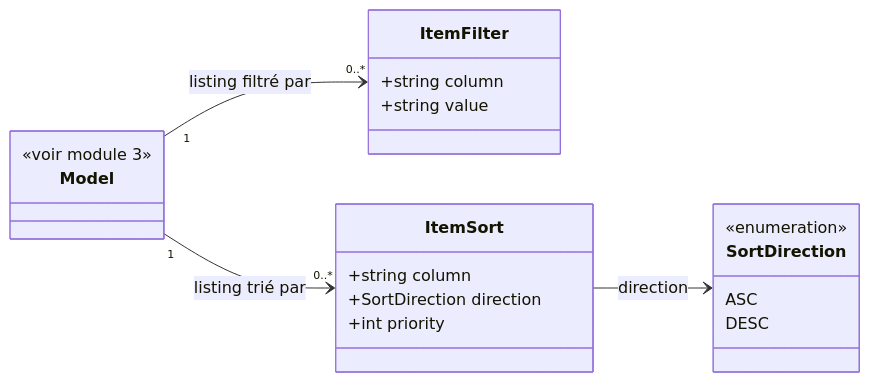
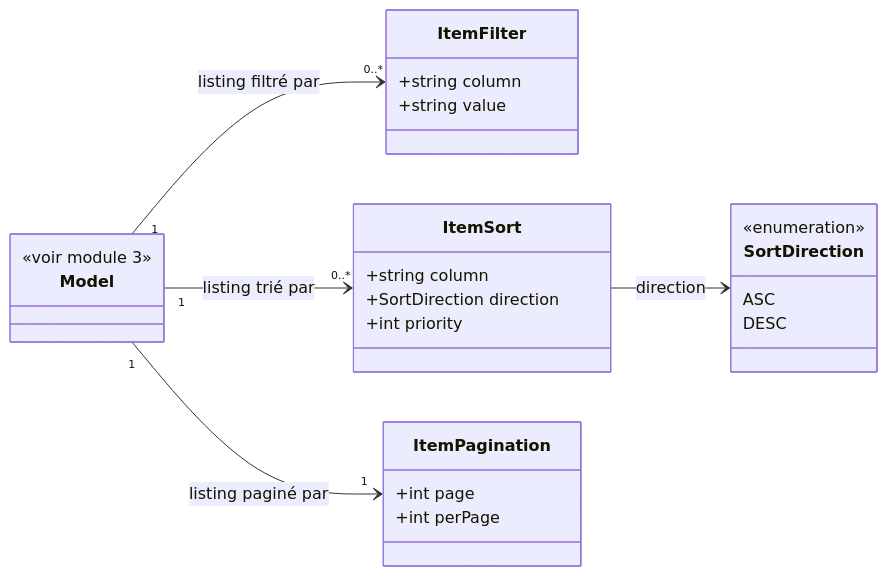
Before and after one commit to quatrebarbes/modelbase: the second of 2 diagrams in docs/sfd/4. Items.md, drawn with Mermaid. The commit also changed other lines of this file and 2 other files, not shown here.

First line of the commit message:
Fonctionnel : ajustement SFD & roadmap

````diff
--- a/docs/sfd/4. Items.md
+++ b/docs/sfd/4. Items.md
@@ -74,29 +74,35 @@
 ```mermaid
 classDiagram
     direction LR
 
     class Model {
         <<voir module 3>>
     }
 
     class ItemFilter {
         +string column
         +string value
     }
 
     class ItemSort {
         +string column
         +SortDirection direction
         +int priority
     }
 
     class SortDirection {
         <<enumeration>>
         ASC
         DESC
     }
 
+    class ItemPagination {
+        +int page
+        +int perPage
+    }
+
     Model "1" --> "0..*" ItemFilter : listing filtré par
     Model "1" --> "0..*" ItemSort : listing trié par
     ItemSort --> SortDirection : direction
+    Model "1" --> "1" ItemPagination : listing paginé par
 ```
````
